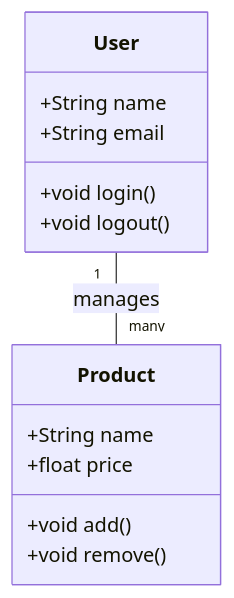
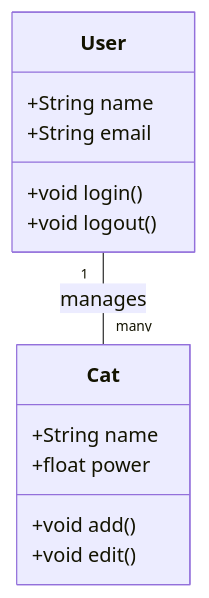
One commit to tgrhg/markdown-to-pdf-sample changed the diagram in designs/login.md. Above: the diagram before and after it, drawn with Mermaid. The commit also changed other lines of this file and 2 other files, not shown here.

````diff
--- a/designs/login.md
+++ b/designs/login.md
@@ -23,16 +16,16 @@
 ```mermaid
 classDiagram
 class User {
     +String name
     +String email 
     +void login() 
     +void logout()
+}
+class Cat {
+    +String name
+    +float power
+    +void add()
+    +void edit()
 } 
-class Product { 
-    +String name
-    +float price 
-    +void add() 
-    +void remove() 
-} 
-User "1" -- "many" Product : manages
+User "1" -- "many" Cat : manages
 ```
````
